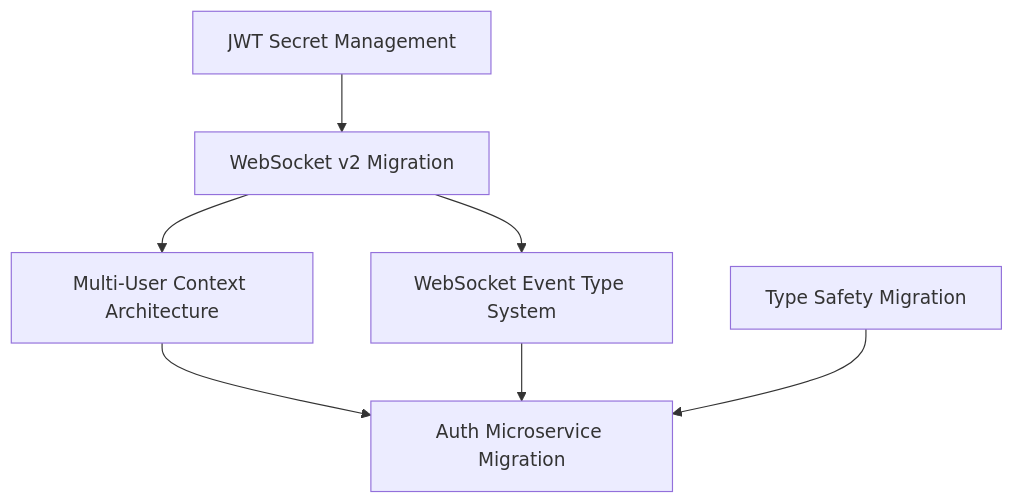
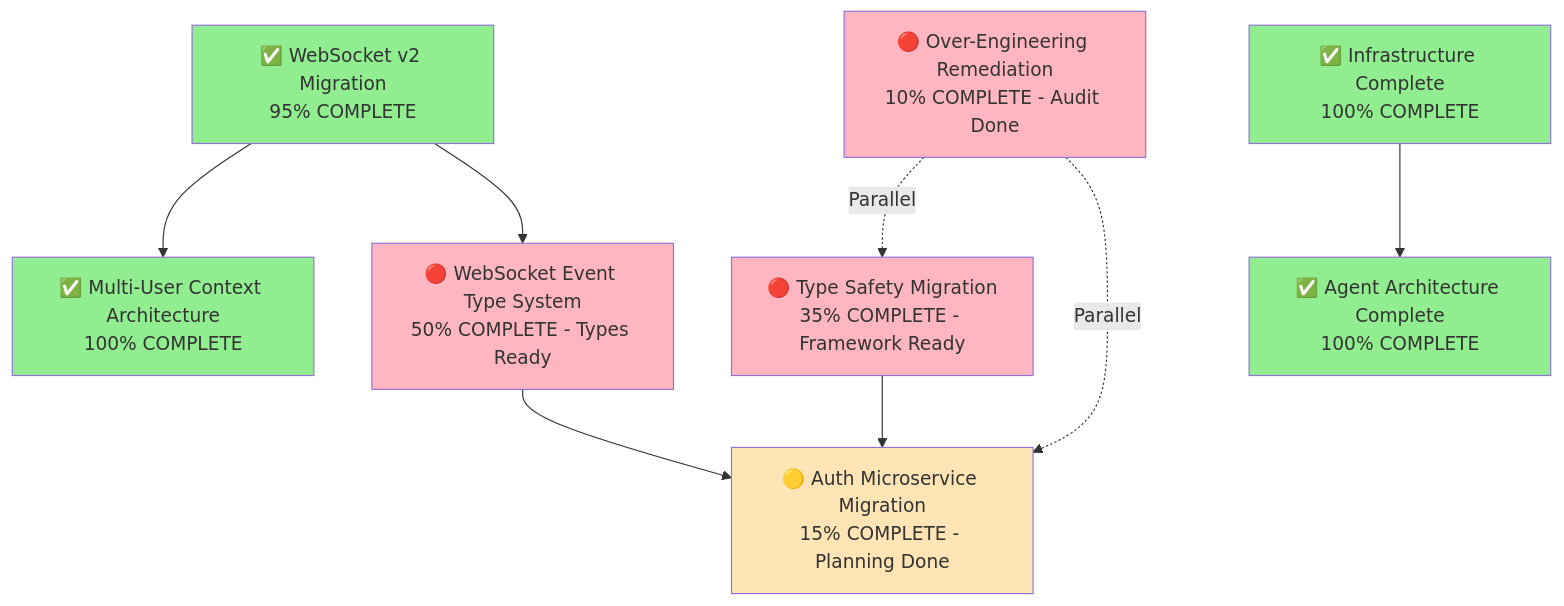
One commit to netra-systems/zen changed the diagram in docs/MIGRATION_PATHS_CONSOLIDATED.md. Above: the diagram before and after it, drawn with Mermaid. The commit also changed other lines of this file and 47 other files, not shown here.

First line of the commit message:
feat: enhance thread routing and WebSocket event delivery

````diff
--- a/docs/MIGRATION_PATHS_CONSOLIDATED.md
+++ b/docs/MIGRATION_PATHS_CONSOLIDATED.md
@@ -167,9 +279,22 @@
 ```mermaid
 graph TD
-    A[WebSocket v2 Migration] --> B[Multi-User Context Architecture]
-    A --> C[WebSocket Event Type System]
-    B --> D[Auth Microservice Migration]
-    C --> D
-    E[Type Safety Migration] --> D
-    F[JWT Secret Management] --> A
+    A[✅ WebSocket v2 Migration<br/>95% COMPLETE] --> B[✅ Multi-User Context Architecture<br/>100% COMPLETE]
+    A --> C[🔴 WebSocket Event Type System<br/>50% COMPLETE - Types Ready]
+    
+    E[🔴 Type Safety Migration<br/>35% COMPLETE - Framework Ready] --> F[🟡 Auth Microservice Migration<br/>15% COMPLETE - Planning Done]
+    C --> F
+    
+    G[🔴 Over-Engineering Remediation<br/>10% COMPLETE - Audit Done] -.->|Parallel| E
+    G -.->|Parallel| F
+    
+    H[✅ Infrastructure Complete<br/>100% COMPLETE] --> I[✅ Agent Architecture Complete<br/>100% COMPLETE]
+    
+    style A fill:#90EE90
+    style B fill:#90EE90  
+    style H fill:#90EE90
+    style I fill:#90EE90
+    style C fill:#FFB6C1
+    style E fill:#FFB6C1
+    style G fill:#FFB6C1
+    style F fill:#FFE4B5
 ```
````
